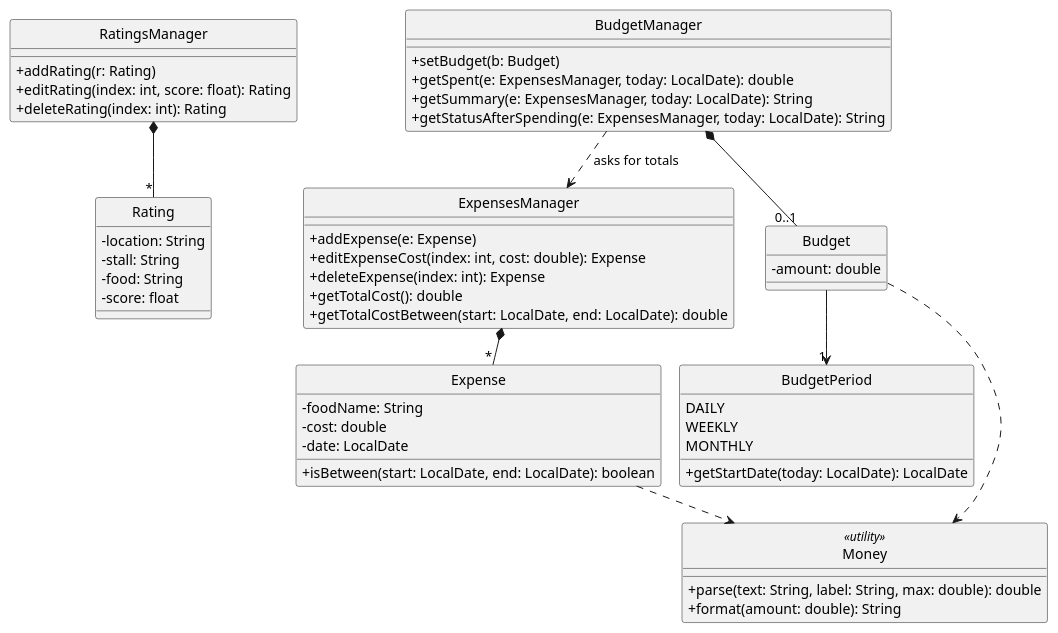
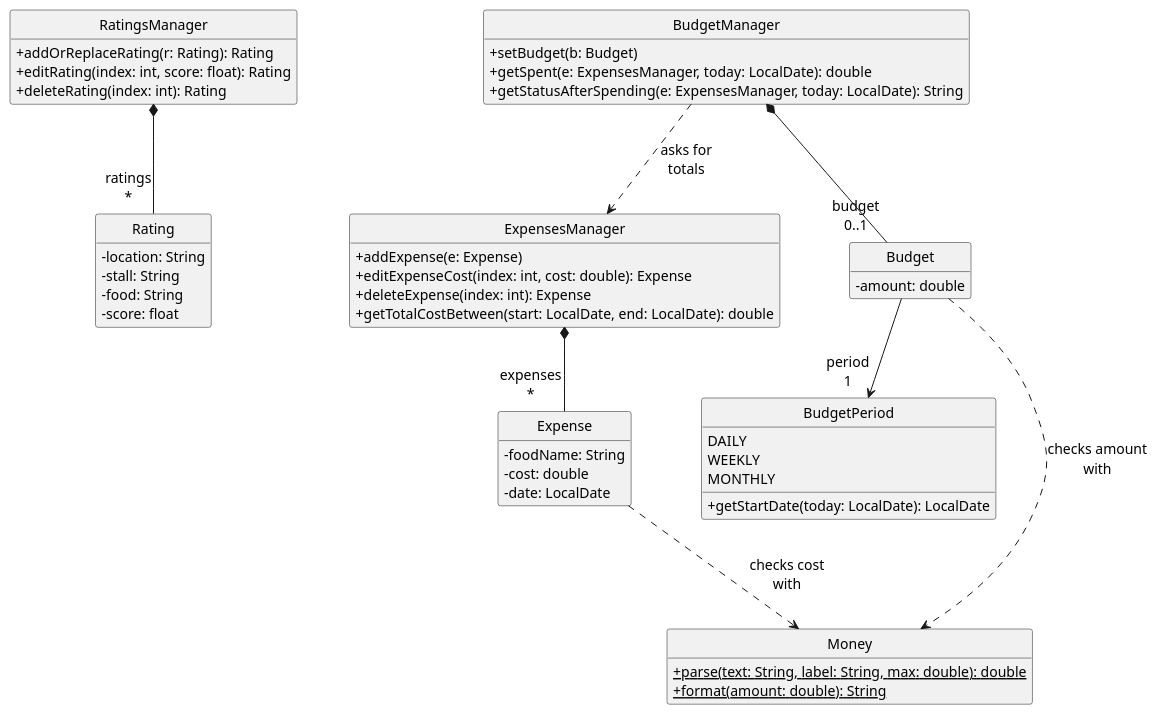
The diagram in docs/diagrams/ModelClassDiagram.puml (AY2627S1-CS2113-W10-3/tp), drawn with PlantUML before and after one commit. The commit also changed 7 other files, not shown here.

```diff
--- a/docs/diagrams/ModelClassDiagram.puml
+++ b/docs/diagrams/ModelClassDiagram.puml
@@ -1,58 +1,67 @@
 @startuml
-!pragma layout smetana
+' Model component: the classes that hold the user's data while the app runs.
+skinparam shadowing false
+skinparam classAttributeIconSize 0
+skinparam defaultFontSize 14
+skinparam nodesep 70
+skinparam ranksep 70
 hide circle
-skinparam classAttributeIconSize 0
-skinparam shadowing false
+hide empty members
 
 class RatingsManager {
-  +addRating(r: Rating)
-  +editRating(index: int, score: float): Rating
-  +deleteRating(index: int): Rating
-}
-class Rating {
-  -location: String
-  -stall: String
-  -food: String
-  -score: float
-}
-class ExpensesManager {
-  +addExpense(e: Expense)
-  +editExpenseCost(index: int, cost: double): Expense
-  +deleteExpense(index: int): Expense
-  +getTotalCost(): double
-  +getTotalCostBetween(start: LocalDate, end: LocalDate): double
-}
-class Expense {
-  -foodName: String
-  -cost: double
-  -date: LocalDate
-  +isBetween(start: LocalDate, end: LocalDate): boolean
-}
-class BudgetManager {
-  +setBudget(b: Budget)
-  +getSpent(e: ExpensesManager, today: LocalDate): double
-  +getSummary(e: ExpensesManager, today: LocalDate): String
-  +getStatusAfterSpending(e: ExpensesManager, today: LocalDate): String
-}
-class Budget {
-  -amount: double
-}
-enum BudgetPeriod {
-  DAILY
-  WEEKLY
-  MONTHLY
-  +getStartDate(today: LocalDate): LocalDate
-}
-class Money <<utility>> {
-  +parse(text: String, label: String, max: double): double
-  +format(amount: double): String
+    +addOrReplaceRating(r: Rating): Rating
+    +editRating(index: int, score: float): Rating
+    +deleteRating(index: int): Rating
 }
 
-RatingsManager *-- "*" Rating
-ExpensesManager *-- "*" Expense
-BudgetManager *-- "0..1" Budget
-Budget --> "1" BudgetPeriod
-BudgetManager ..> ExpensesManager : asks for totals
-Expense ..> Money
-Budget ..> Money
+class Rating {
+    -location: String
+    -stall: String
+    -food: String
+    -score: float
+}
+
+class ExpensesManager {
+    +addExpense(e: Expense)
+    +editExpenseCost(index: int, cost: double): Expense
+    +deleteExpense(index: int): Expense
+    +getTotalCostBetween(start: LocalDate, end: LocalDate): double
+}
+
+class Expense {
+    -foodName: String
+    -cost: double
+    -date: LocalDate
+}
+
+class BudgetManager {
+    +setBudget(b: Budget)
+    +getSpent(e: ExpensesManager, today: LocalDate): double
+    +getStatusAfterSpending(e: ExpensesManager, today: LocalDate): String
+}
+
+class Budget {
+    -amount: double
+}
+
+enum BudgetPeriod {
+    DAILY
+    WEEKLY
+    MONTHLY
+    +getStartDate(today: LocalDate): LocalDate
+}
+
+class Money {
+    {static} +parse(text: String, label: String, max: double): double
+    {static} +format(amount: double): String
+}
+
+RatingsManager *-- "ratings\n*" Rating
+ExpensesManager *-- "expenses\n*" Expense
+BudgetManager *-- "budget\n0..1" Budget
+Budget --> "period\n1" BudgetPeriod
+
+BudgetManager ..> ExpensesManager : asks for\ntotals
+Expense ..> Money : checks cost\nwith
+Budget ..> Money : checks amount\nwith
 @enduml
```
